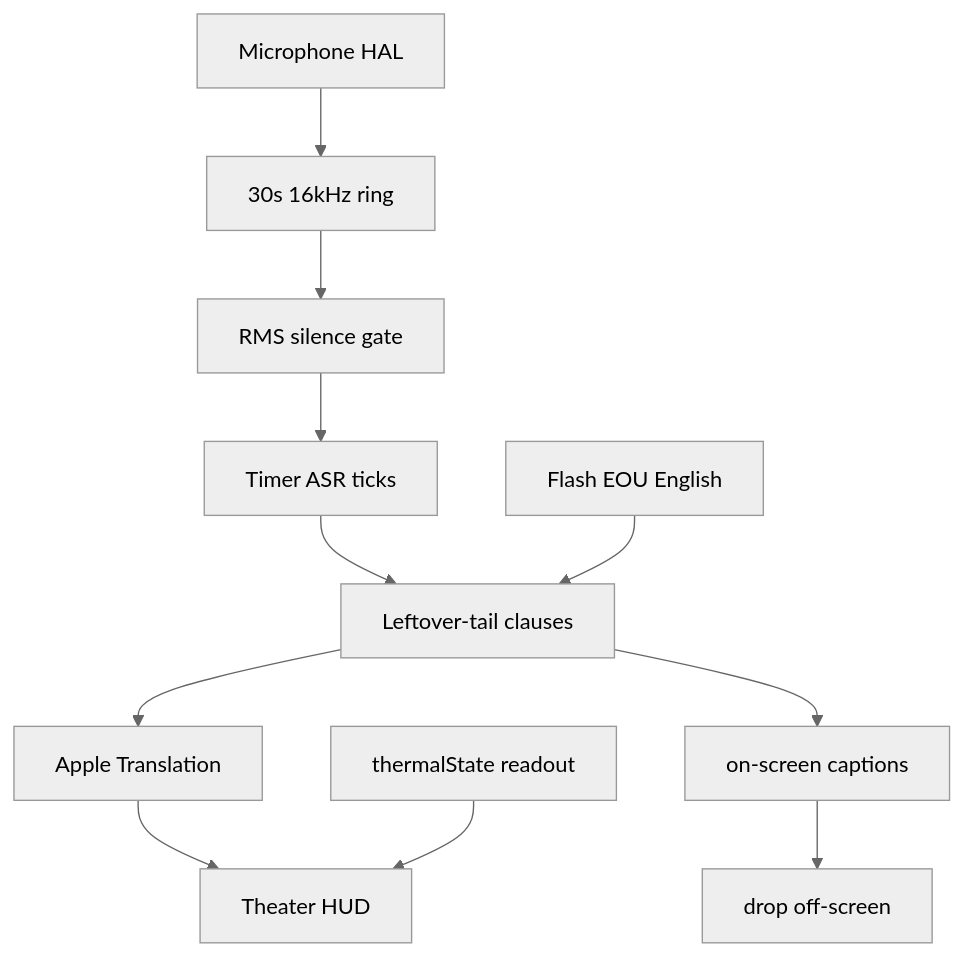
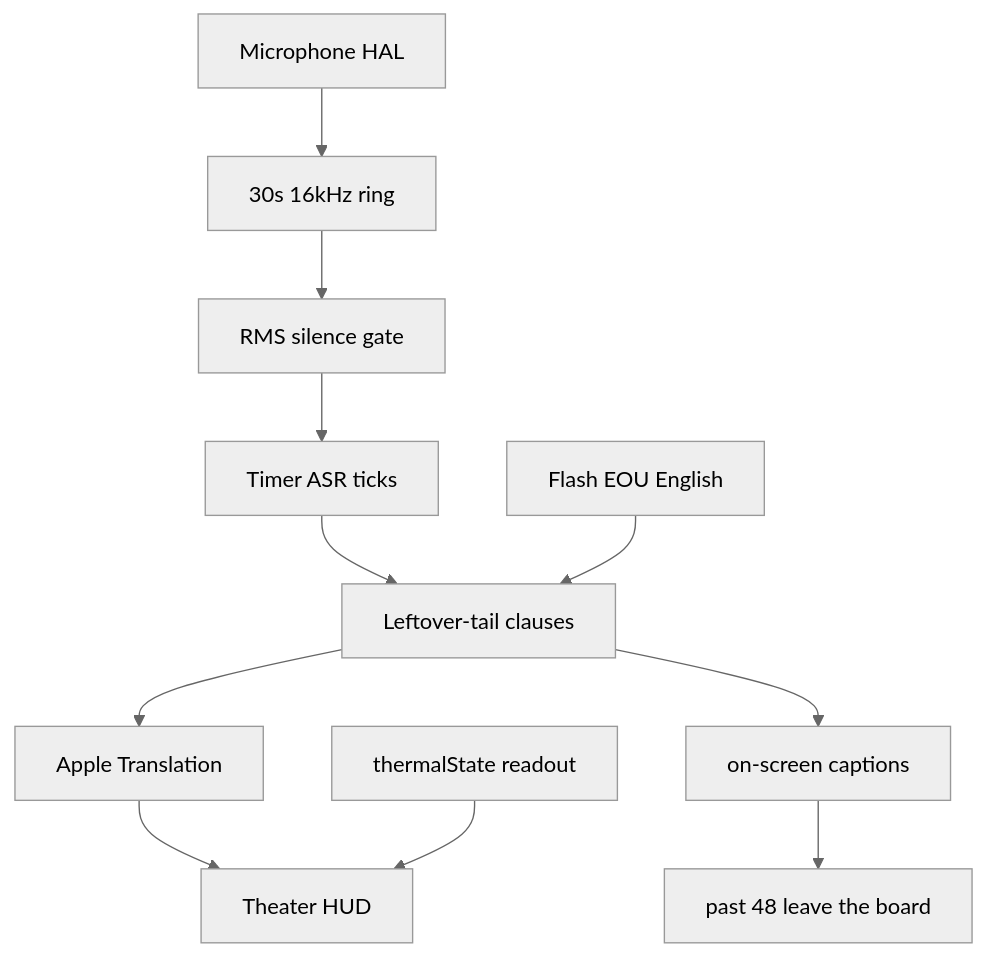
One commit to chrisswimlee/fluidSubtitles changed the diagram in docs/APPLE_SILICON_STREAMING.md. Above: the diagram before and after it, drawn with Mermaid (neutral theme). The commit also changed other lines of this file and 103 other files, not shown here.

````diff
--- a/docs/APPLE_SILICON_STREAMING.md
+++ b/docs/APPLE_SILICON_STREAMING.md
@@ -9,13 +9,13 @@
 ```mermaid
 flowchart TD
   mic[Microphone HAL] --> ring[30s 16kHz ring]
   ring --> rms[RMS silence gate]
   rms --> asr[Timer ASR ticks]
   asr --> clause[Leftover-tail clauses]
   eou[Flash EOU English] --> clause
   clause --> mt[Apple Translation]
   mt --> hud[Theater HUD]
   thermal[thermalState readout] --> hud
   clause --> window[on-screen captions]
-  window --> drop[drop off-screen]
+  window --> drop[past 48 leave the board]
 ```
````
